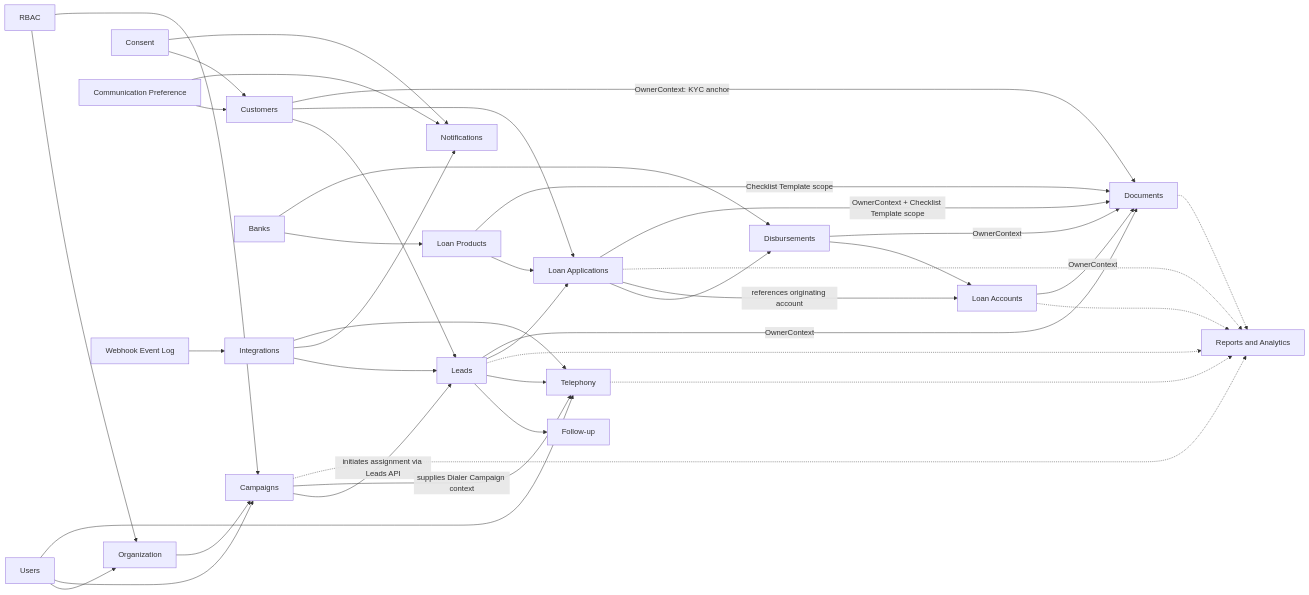
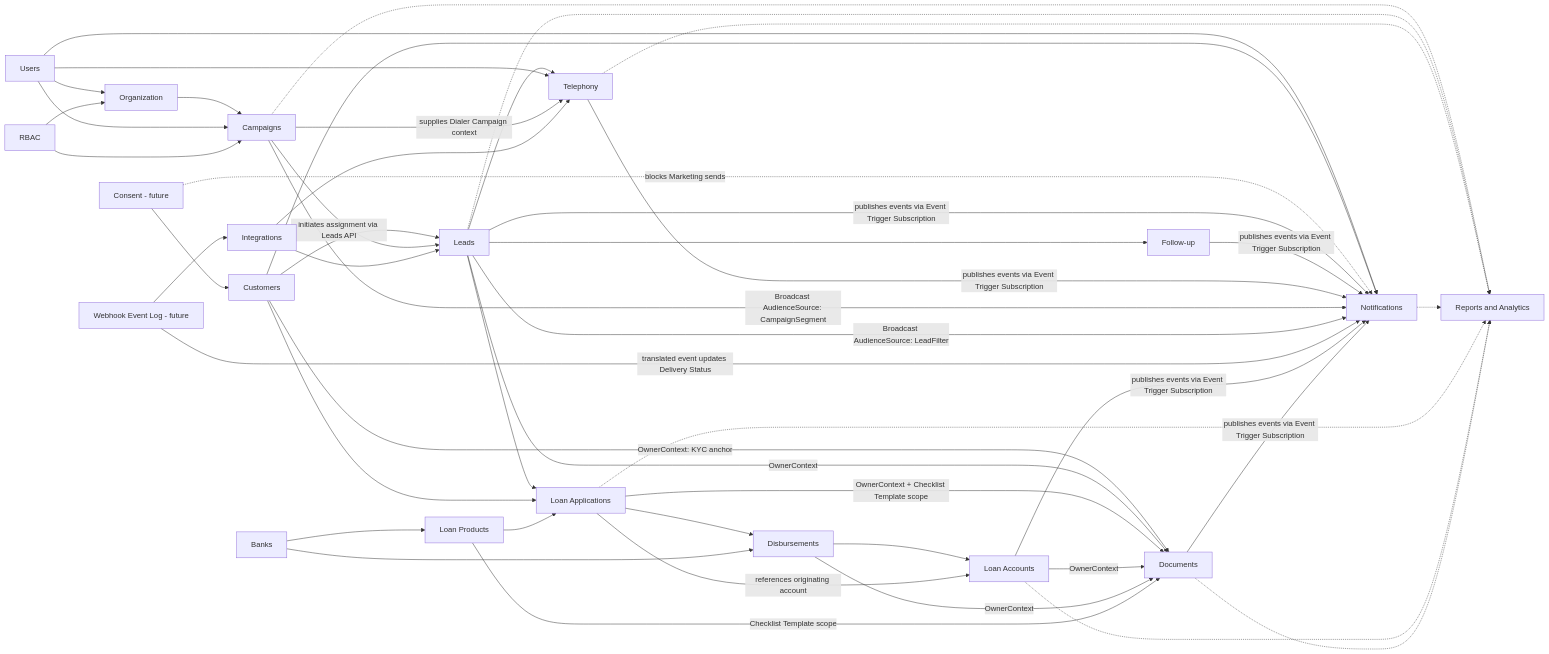
The diagram in docs/domain/domain-model.md (Mudraxcapital/mudrax-crm), drawn with Mermaid before and after one commit. The commit also changed other lines of this file and 3 other files, not shown here.

Commit message:
feat: complete notifications and communications architecture

````diff
--- a/docs/domain/domain-model.md
+++ b/docs/domain/domain-model.md
@@ -718,43 +854,51 @@
 ```mermaid
 flowchart LR
   Users[Users] --> Organization[Organization]
   Rbac[RBAC] --> Organization
   Organization --> Campaigns[Campaigns]
   Users --> Campaigns
   Rbac --> Campaigns
   Customers[Customers] --> Leads[Leads]
   Campaigns -- initiates assignment via Leads API --> Leads
   Leads --> FollowUp[Follow-up]
   Leads --> Telephony[Telephony]
   Users --> Telephony
   Campaigns -- supplies Dialer Campaign context --> Telephony
   Campaigns -.-> Reports[Reports and Analytics]
   Leads -.-> Reports
   Telephony -.-> Reports
-  Consent[Consent] --> Customers
-  CommPreference[Communication Preference] --> Customers
-  Consent --> Notifications[Notifications]
-  CommPreference --> Notifications
-  WebhookLog[Webhook Event Log] --> Integrations[Integrations]
+  Consent[Consent - future] --> Customers
+  Users --> Notifications[Notifications]
+  Customers --> Notifications
+  Consent -.->|blocks Marketing sends| Notifications
+  Leads -- publishes events via Event Trigger Subscription --> Notifications
+  FollowUp -- publishes events via Event Trigger Subscription --> Notifications
+  Telephony -- publishes events via Event Trigger Subscription --> Notifications
+  Campaigns -- Broadcast AudienceSource: CampaignSegment --> Notifications
+  Leads -- Broadcast AudienceSource: LeadFilter --> Notifications
+  Notifications -.-> Reports
+  WebhookLog[Webhook Event Log - future] --> Integrations[Integrations]
   Integrations --> Leads
-  Integrations --> Notifications
   Integrations --> Telephony
+  WebhookLog -- translated event updates Delivery Status --> Notifications
   Leads --> LoanApplications[Loan Applications]
   Customers --> LoanApplications
   Banks[Banks] --> LoanProducts[Loan Products]
   LoanProducts --> LoanApplications
   LoanApplications --> Disbursements[Disbursements]
   Banks --> Disbursements
   Disbursements --> LoanAccounts[Loan Accounts]
   LoanApplications -- references originating account --> LoanAccounts
   LoanApplications -.-> Reports
   LoanAccounts -.-> Reports
   Documents[Documents]
   Customers -- OwnerContext: KYC anchor --> Documents
   Leads -- OwnerContext --> Documents
   LoanApplications -- OwnerContext + Checklist Template scope --> Documents
   LoanAccounts -- OwnerContext --> Documents
   Disbursements -- OwnerContext --> Documents
   LoanProducts -- Checklist Template scope --> Documents
   Documents -.-> Reports
+  LoanAccounts -- publishes events via Event Trigger Subscription --> Notifications
+  Documents -- publishes events via Event Trigger Subscription --> Notifications
 ```
````
